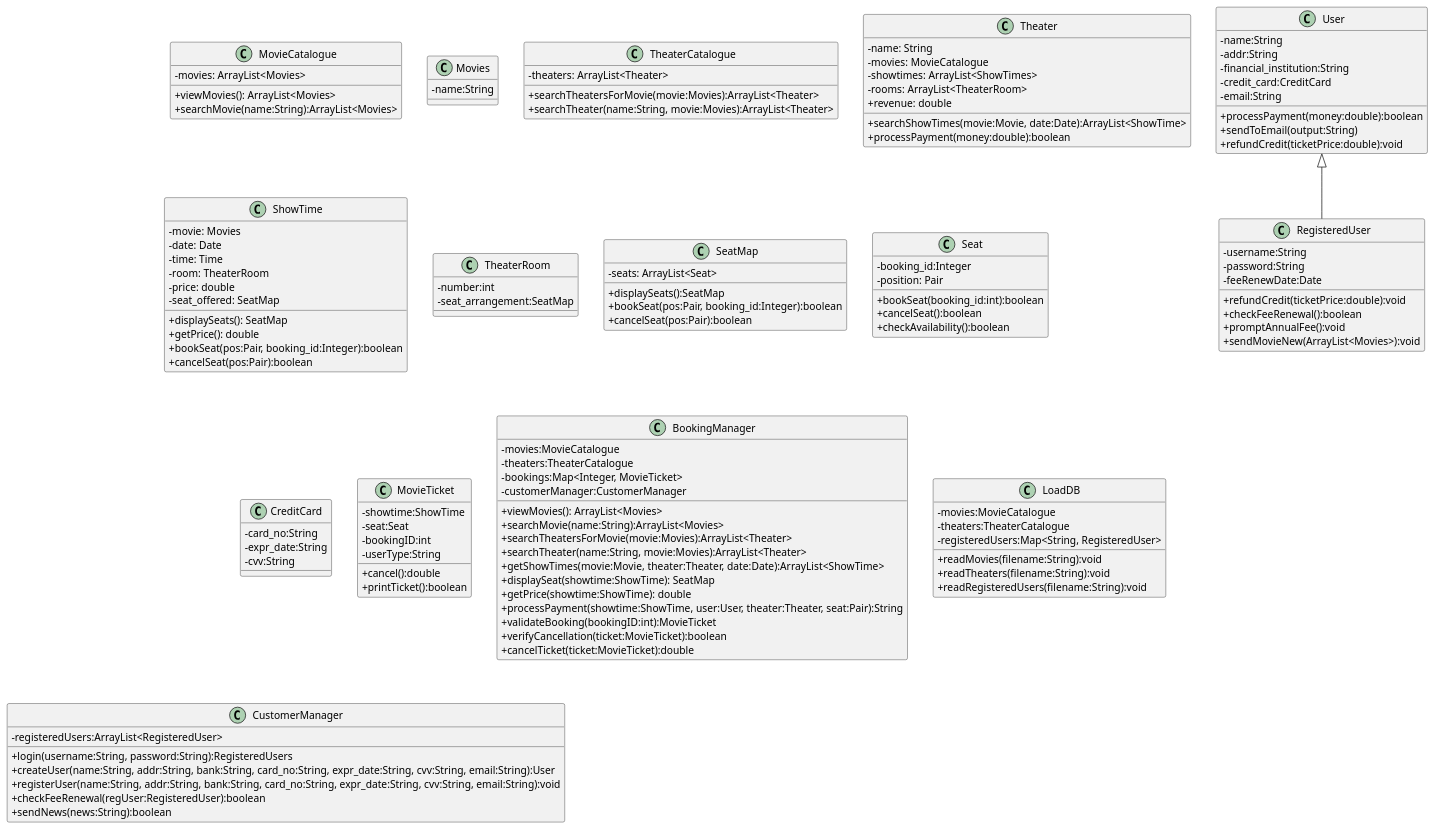
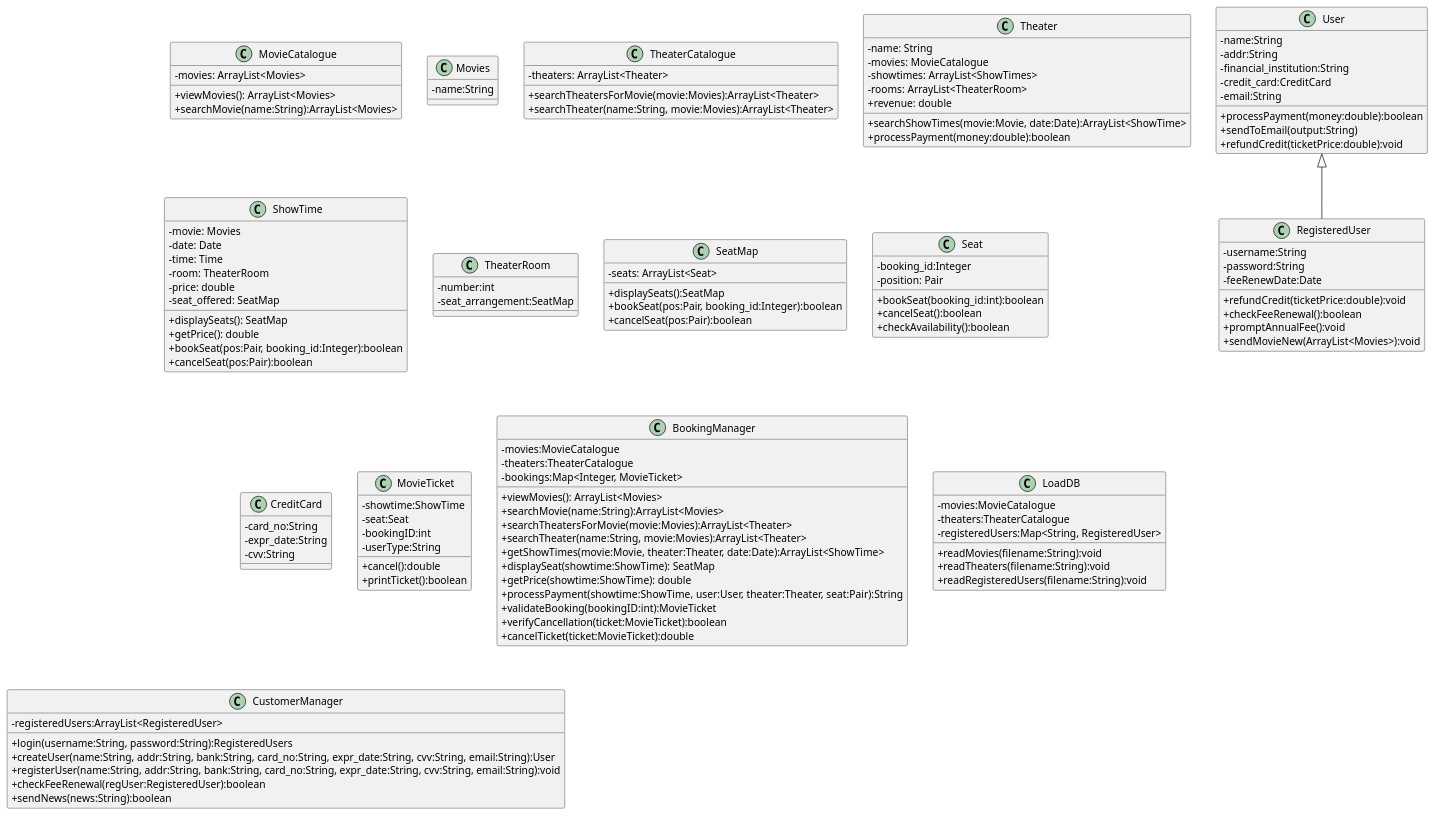
Before and after one commit to tongxu95/ENSF619_Project: the diagram in ClassDiagram.plantuml, drawn with PlantUML. The commit also changed 6 other files, not shown here.

Commit message:
Reviewed and corrected conceptual model, activity and transition diagram

```diff
--- a/ClassDiagram.plantuml
+++ b/ClassDiagram.plantuml
@@ -1,121 +1,120 @@
 @startuml 
 
 skinparam classAttributeIconSize 0
 class MovieCatalogue {
     - movies: ArrayList<Movies>
     + viewMovies(): ArrayList<Movies>
     + searchMovie(name:String):ArrayList<Movies>
 }
 class Movies {
     - name:String
 }
 class TheaterCatalogue {
     - theaters: ArrayList<Theater>
     + searchTheatersForMovie(movie:Movies):ArrayList<Theater>
     + searchTheater(name:String, movie:Movies):ArrayList<Theater>
 }
 class Theater {
     - name: String 
     - movies: MovieCatalogue 
     - showtimes: ArrayList<ShowTimes>
     - rooms: ArrayList<TheaterRoom>
     + revenue: double
     + searchShowTimes(movie:Movie, date:Date):ArrayList<ShowTime>
     + processPayment(money:double):boolean
 }
 class ShowTime {
     - movie: Movies
     - date: Date
     - time: Time
     - room: TheaterRoom
     - price: double
     - seat_offered: SeatMap
     + displaySeats(): SeatMap
     + getPrice(): double
     + bookSeat(pos:Pair, booking_id:Integer):boolean
     + cancelSeat(pos:Pair):boolean
 }
 class TheaterRoom {
     - number:int
     - seat_arrangement:SeatMap
 }
 class SeatMap {
     - seats: ArrayList<Seat>
     + displaySeats():SeatMap
     + bookSeat(pos:Pair, booking_id:Integer):boolean
     + cancelSeat(pos:Pair):boolean
 }
 class Seat {
     - booking_id:Integer
     - position: Pair
     + bookSeat(booking_id:int):boolean
     + cancelSeat():boolean
     + checkAvailability():boolean
 }
 class User {
     - name:String 
     - addr:String
     - financial_institution:String 
     - credit_card:CreditCard
     - email:String
     + processPayment(money:double):boolean
     + sendToEmail(output:String)
     + refundCredit(ticketPrice:double):void
 }
 class RegisteredUser extends User {
     - username:String
     - password:String
     - feeRenewDate:Date
     + refundCredit(ticketPrice:double):void
     + checkFeeRenewal():boolean
     + promptAnnualFee():void
     + sendMovieNew(ArrayList<Movies>):void
 }
 class CreditCard {
     - card_no:String 
     - expr_date:String
     - cvv:String 
 }
 class MovieTicket {
     - showtime:ShowTime 
     - seat:Seat
     - bookingID:int
     - userType:String
     + cancel():double
     + printTicket():boolean
 }
 
 class BookingManager {
     - movies:MovieCatalogue
     - theaters:TheaterCatalogue
     - bookings:Map<Integer, MovieTicket> 
-    - customerManager:CustomerManager
     + viewMovies(): ArrayList<Movies>
     + searchMovie(name:String):ArrayList<Movies>
     + searchTheatersForMovie(movie:Movies):ArrayList<Theater>
     + searchTheater(name:String, movie:Movies):ArrayList<Theater>
     + getShowTimes(movie:Movie, theater:Theater, date:Date):ArrayList<ShowTime>
     + displaySeat(showtime:ShowTime): SeatMap
     + getPrice(showtime:ShowTime): double
     + processPayment(showtime:ShowTime, user:User, theater:Theater, seat:Pair):String
     + validateBooking(bookingID:int):MovieTicket
     + verifyCancellation(ticket:MovieTicket):boolean
     + cancelTicket(ticket:MovieTicket):double
 }
 class LoadDB {
     - movies:MovieCatalogue
     - theaters:TheaterCatalogue
     - registeredUsers:Map<String, RegisteredUser>
     + readMovies(filename:String):void
     + readTheaters(filename:String):void
     + readRegisteredUsers(filename:String):void
 }
 class CustomerManager {
     - registeredUsers:ArrayList<RegisteredUser>
     + login(username:String, password:String):RegisteredUsers
     + createUser(name:String, addr:String, bank:String, card_no:String, expr_date:String, cvv:String, email:String):User
     + registerUser(name:String, addr:String, bank:String, card_no:String, expr_date:String, cvv:String, email:String):void
     + checkFeeRenewal(regUser:RegisteredUser):boolean
     + sendNews(news:String):boolean
 }
 @enduml 
```
